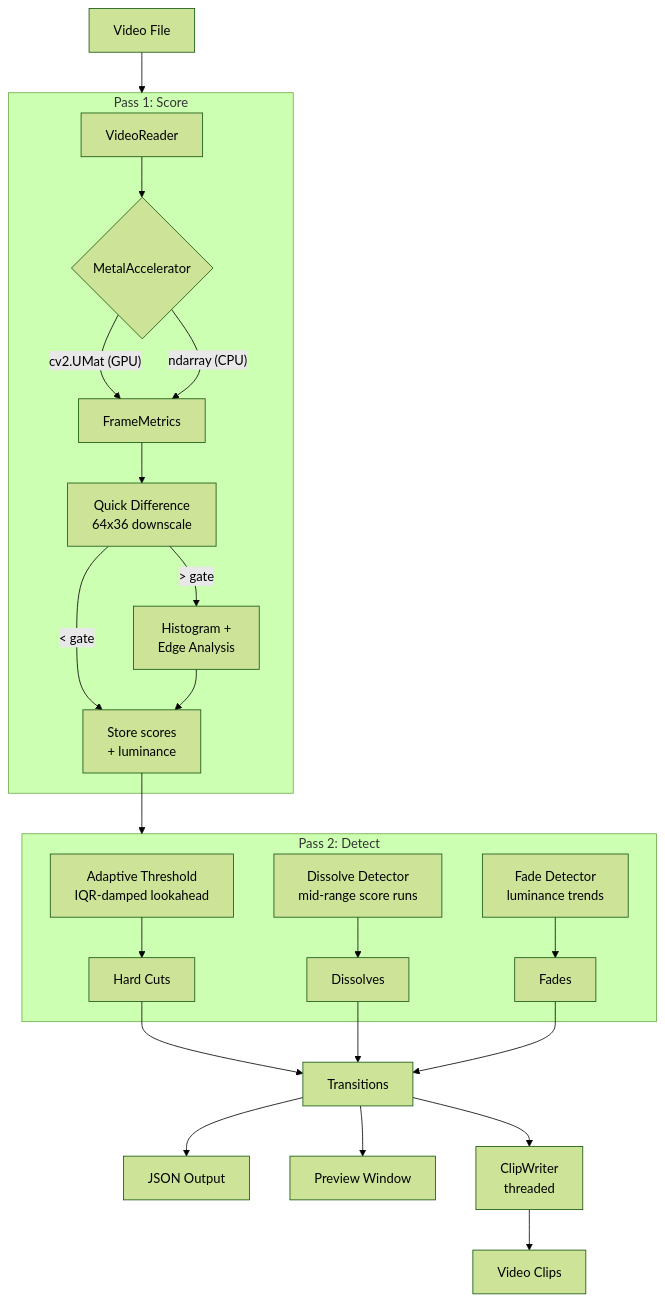
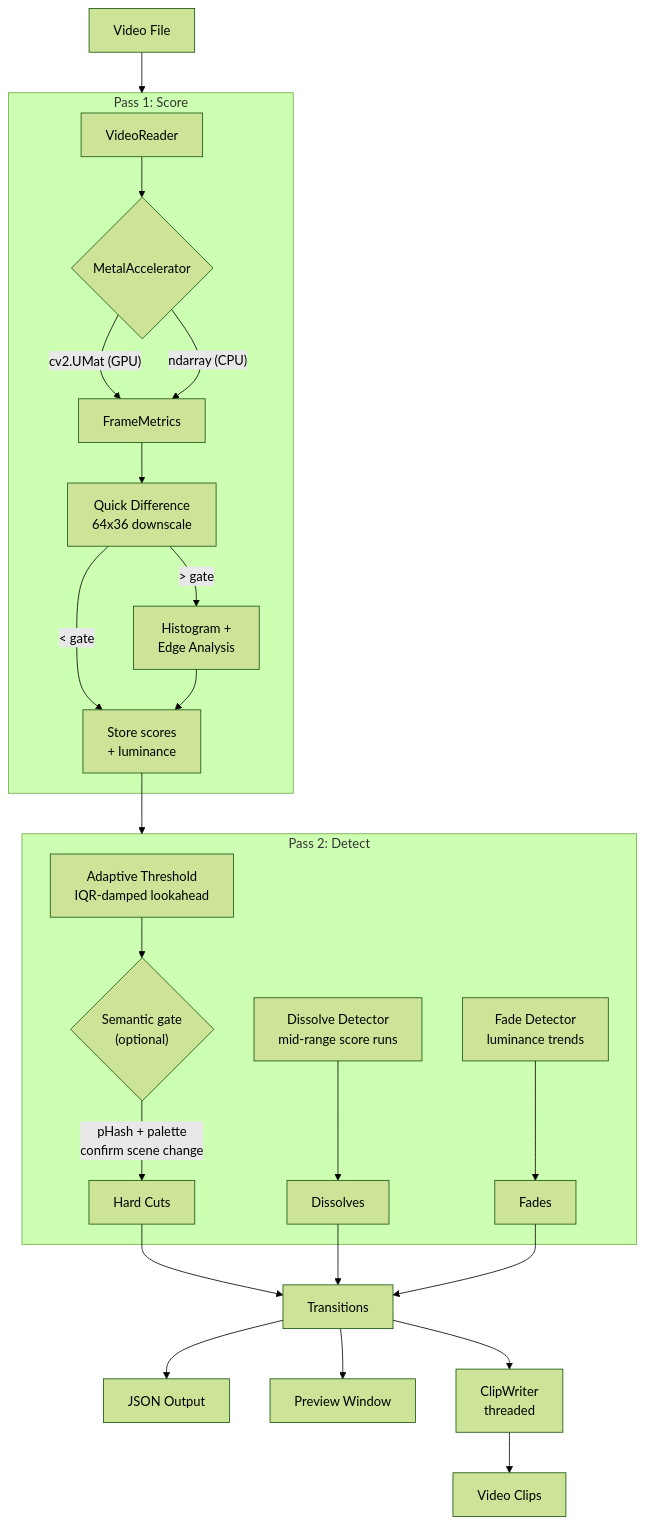
Before and after one commit to joaodotwork/metalcut: the diagram in README.md, drawn with Mermaid (forest theme). The commit also changed other lines of this file and 3 other files, not shown here.

First line of the commit message:
Update docs after semantic-scene merge (#6)

````diff
--- a/README.md
+++ b/README.md
@@ -60,37 +64,40 @@
 ```mermaid
 flowchart TD
     Video[Video File] --> Pass1
 
     subgraph Pass1 ["Pass 1: Score"]
         Reader1[VideoReader] --> Accel{MetalAccelerator}
         Accel --> |"cv2.UMat (GPU)"| Score[FrameMetrics]
         Accel --> |"ndarray (CPU)"| Score
         Score --> Quick["Quick Difference
         64x36 downscale"]
         Quick --> |"> gate"| Detailed["Histogram +
         Edge Analysis"]
         Quick --> |"< gate"| Store
         Detailed --> Store["Store scores
         + luminance"]
     end
 
     Store --> Pass2
 
     subgraph Pass2 ["Pass 2: Detect"]
         Adaptive["Adaptive Threshold
-        IQR-damped lookahead"] --> HardCuts[Hard Cuts]
+        IQR-damped lookahead"] --> Semantic{"Semantic gate
+        (optional)"}
+        Semantic --> |"pHash + palette
+        confirm scene change"| HardCuts[Hard Cuts]
         Dissolves["Dissolve Detector
         mid-range score runs"] --> DissolveOut[Dissolves]
         Fades["Fade Detector
         luminance trends"] --> FadeOut[Fades]
     end
 
     HardCuts --> Output
     DissolveOut --> Output
     FadeOut --> Output
 
     Output[Transitions] --> JSON[JSON Output]
     Output --> Preview["Preview Window"]
     Output --> Writer["ClipWriter\nthreaded"]
     Writer --> Clips[Video Clips]
 ```
````
